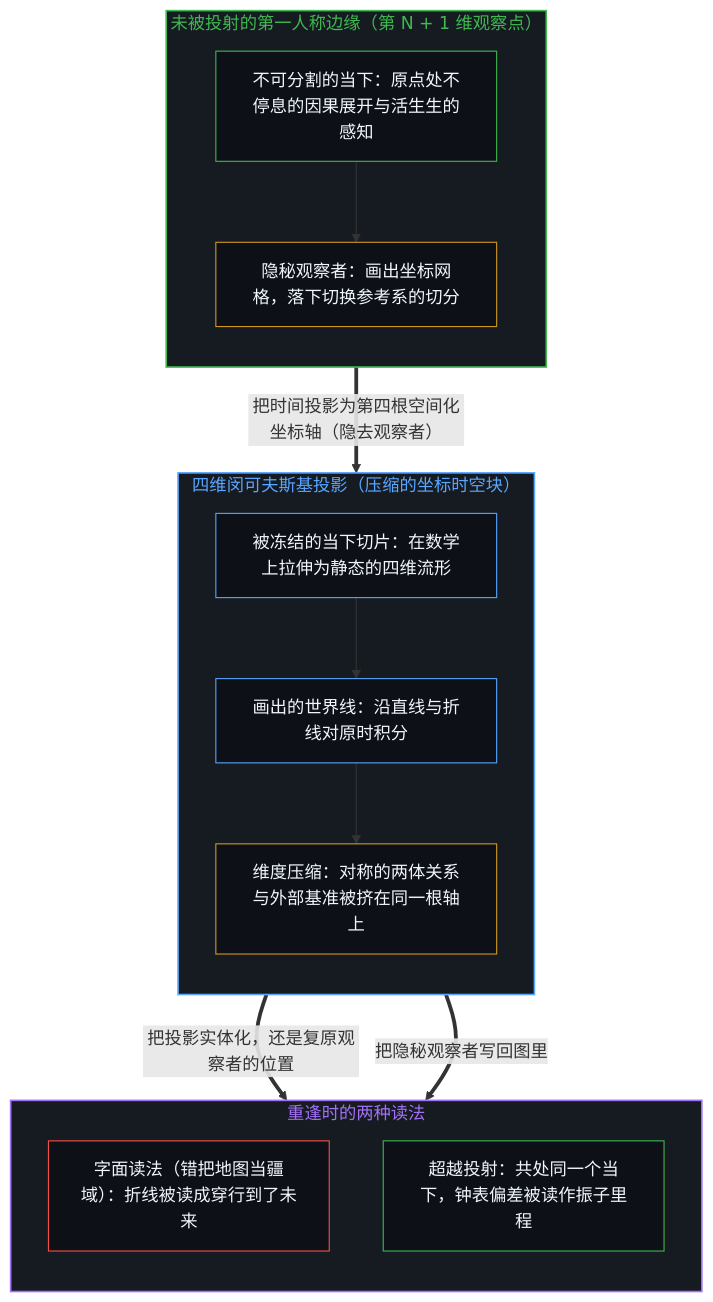
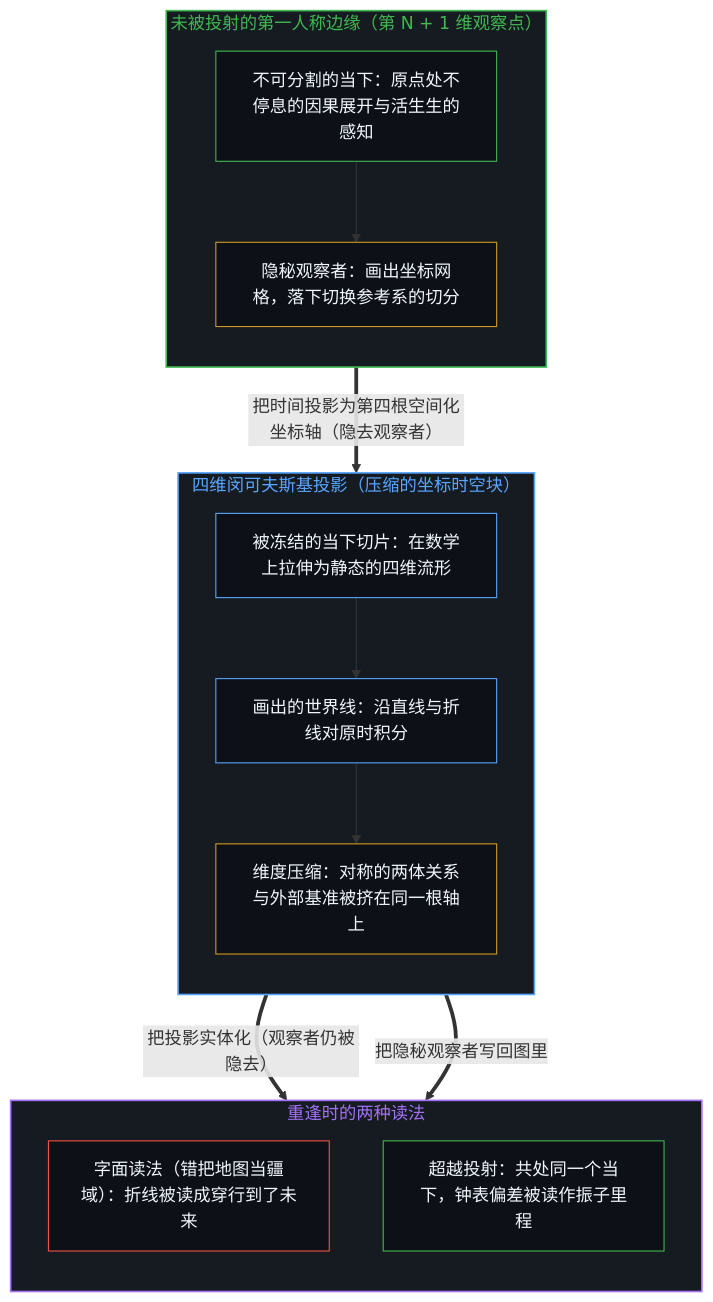
Before and after one commit to powerpig99/not-a-toe: the first of 2 diagrams in content/posts/the-twin-paradox-and-the-hidden-observer.md, drawn with Mermaid. The commit also changed other lines of this file and 27 other files, not shown here.

````diff
--- a/content/posts/the-twin-paradox-and-the-hidden-observer.md
+++ b/content/posts/the-twin-paradox-and-the-hidden-observer.md
@@ -57,39 +57,35 @@
 ```mermaid
 flowchart TD
     subgraph S_Edge["未被投射的第一人称边缘（第 N + 1 维观察点）"]
         direction TB
         E_Now["不可分割的当下：原点处不停息的因果展开与活生生的感知"]
         E_Cut["隐秘观察者：画出坐标网格，落下切换参考系的切分"]
         E_Now --> E_Cut
     end
-
     subgraph S_Block["四维闵可夫斯基投影（压缩的坐标时空块）"]
         direction TB
         B_Freeze["被冻结的当下切片：在数学上拉伸为静态的四维流形"]
         B_Lines["画出的世界线：沿直线与折线对原时积分"]
         B_Clash["维度压缩：对称的两体关系与外部基准被挤在同一根轴上"]
         B_Freeze --> B_Lines
         B_Lines --> B_Clash
     end
-
     subgraph S_Read["重逢时的两种读法"]
         direction TB
         R_Paradox["字面读法（错把地图当疆域）：折线被读成穿行到了未来"]
         R_Dissolve["超越投射：共处同一个当下，钟表偏差被读作振子里程"]
     end
-
     E_Cut ==>|"把时间投影为第四根空间化坐标轴（隐去观察者）"| B_Freeze
-    B_Clash ==>|"把投影实体化，还是复原观察者的位置"| R_Paradox
+    B_Clash ==>|"把投影实体化（观察者仍被隐去）"| R_Paradox
     B_Clash ==>|"把隐秘观察者写回图里"| R_Dissolve
-
     style S_Edge fill:#161b22,stroke:#3fb950,stroke-width:1.5px,color:#3fb950
     style S_Block fill:#161b22,stroke:#58a6ff,stroke-width:1.5px,color:#58a6ff
     style S_Read fill:#161b22,stroke:#a371f7,stroke-width:1.5px,color:#a371f7
     style E_Now fill:#0d1117,stroke:#3fb950,stroke-width:1px,color:#f0f6fc
     style E_Cut fill:#0d1117,stroke:#d29922,stroke-width:1px,color:#f0f6fc
     style B_Freeze fill:#0d1117,stroke:#58a6ff,stroke-width:1px,color:#f0f6fc
     style B_Lines fill:#0d1117,stroke:#58a6ff,stroke-width:1px,color:#f0f6fc
     style B_Clash fill:#0d1117,stroke:#d29922,stroke-width:1px,color:#f0f6fc
     style R_Paradox fill:#0d1117,stroke:#f85149,stroke-width:1px,color:#f0f6fc
     style R_Dissolve fill:#0d1117,stroke:#3fb950,stroke-width:1px,color:#f0f6fc
 ```
````
